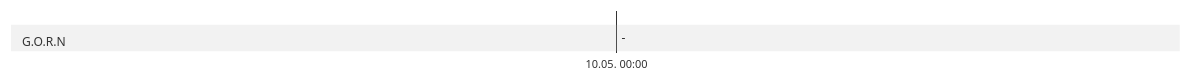
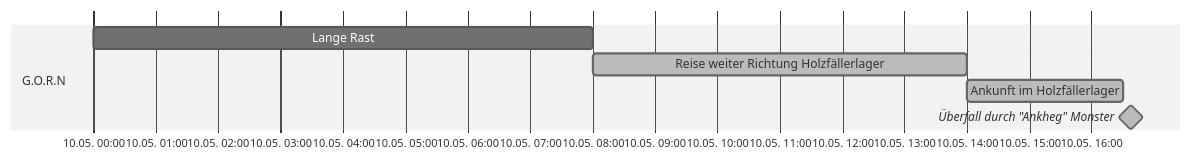
Diagram 17 of 20 in Kampagne/Timeline Kampagne 2.md (LorenJaffrey/DnD_PFT), drawn with Mermaid (neutral theme) before and after one commit. The commit also changed other lines of this file and 10 other files, not shown here.

Commit message:
Timeline erweitert

````diff
--- a/Kampagne/Timeline Kampagne 2.md
+++ b/Kampagne/Timeline Kampagne 2.md
@@ -294,9 +294,12 @@
 ```mermaid
 gantt
 	dateFormat HH:mm
 	axisFormat %e.%m. %H:%M
 	tickinterval 1hour
 	weekday monday
 	section G.O.R.N
-		-: a1, 2024-05-10 00:00, 
+		Lange Rast: a1, 2024-05-10 00:00, 8h
+		Reise weiter Richtung Holzfällerlager: done, a2, after a1, 6h
+		Ankunft im Holzfällerlager: done, a3, after a2, 2.5h
+		Überfall durch "Ankheg" Monster: done, milestone, a4, after a3, 0.25h
 ```
````
